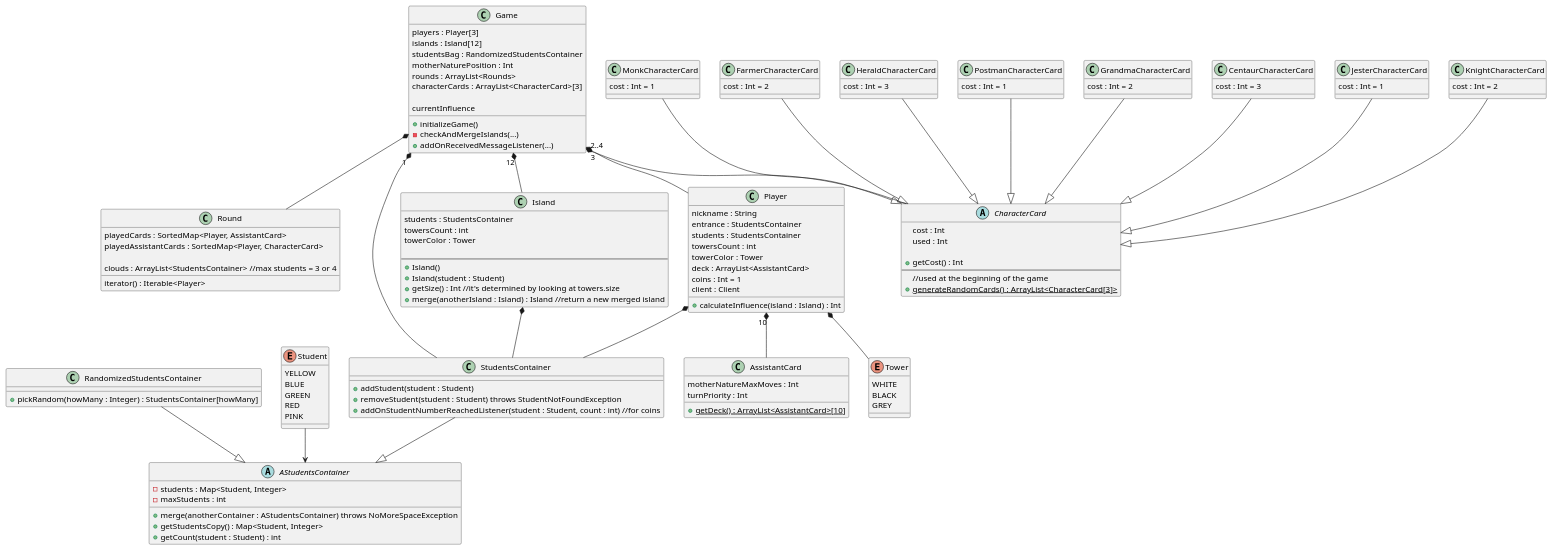
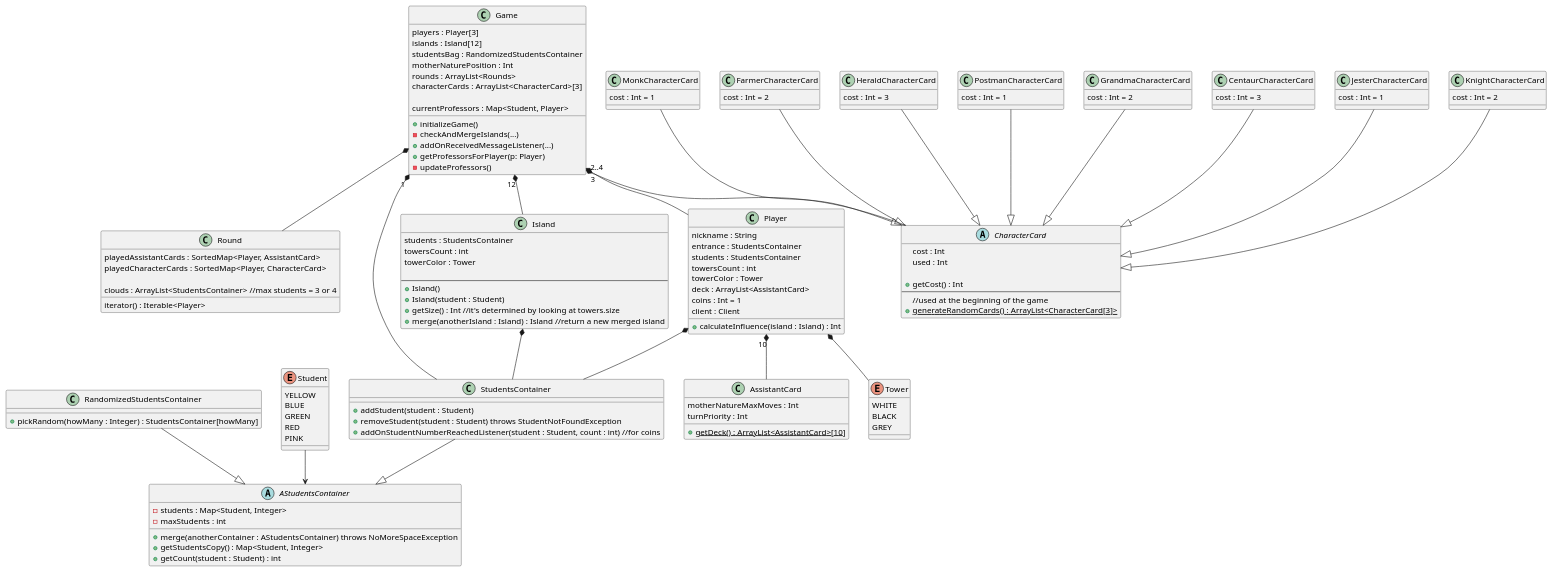
Before and after one commit to francesco-re-1107/eriantys: the diagram in delivarables/initial_uml.plantuml, drawn with PlantUML.

Commit message:
fix Round + add professor

```diff
--- a/delivarables/initial_uml.plantuml
+++ b/delivarables/initial_uml.plantuml
@@ -16,16 +16,18 @@
     rounds : ArrayList<Rounds>
     characterCards : ArrayList<CharacterCard>[3]
 
-    currentInfluence
+    currentProfessors : Map<Student, Player>
 
     +initializeGame()
     -checkAndMergeIslands(...)
     +addOnReceivedMessageListener(...)
+    +getProfessorsForPlayer(p: Player)
+    -updateProfessors()
 }
 
 class Round {
-    playedCards : SortedMap<Player, AssistantCard>
-    playedAssistantCards : SortedMap<Player, CharacterCard>
+    playedAssistantCards : SortedMap<Player, AssistantCard>
+    playedCharacterCards : SortedMap<Player, CharacterCard>
 
     clouds : ArrayList<StudentsContainer> //max students = 3 or 4
     iterator() : Iterable<Player>
```
